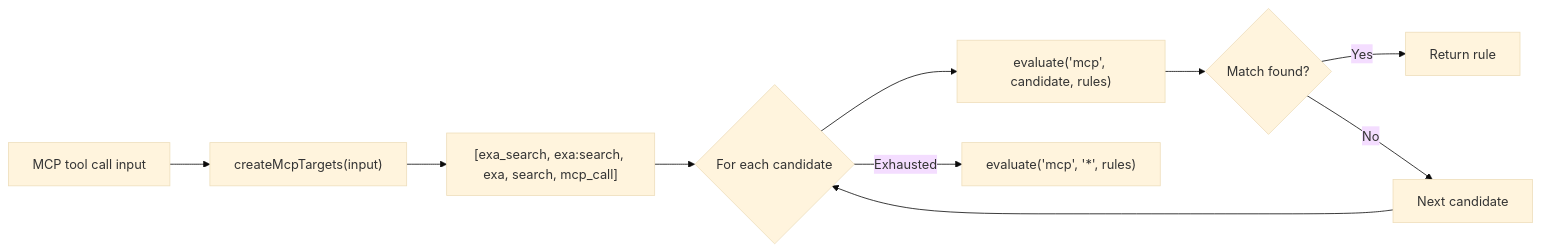
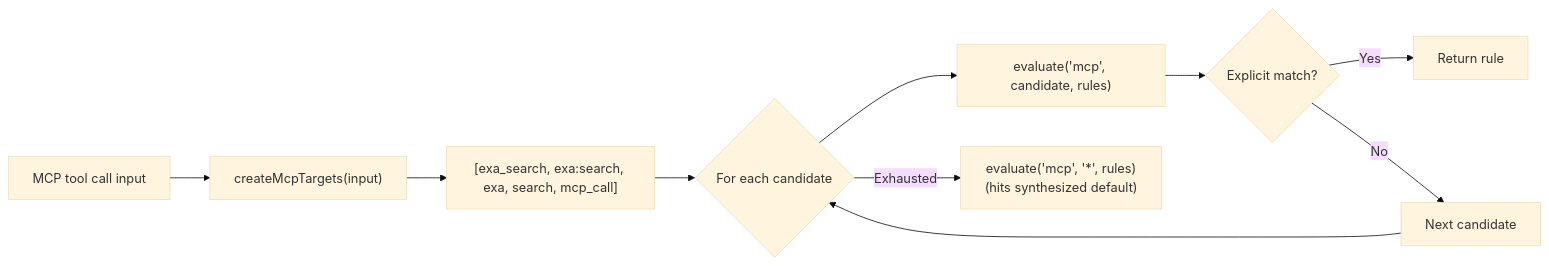
One commit to sycghj/pi-permission-system changed the second of 4 diagrams in docs/architecture/target-architecture.md. Above: the diagram before and after it, drawn with Mermaid (base theme). The commit also changed other lines of this file and 1 other file, not shown here.

First line of the commit message:
docs: plan generalized session approvals and update target architecture (#51)

````diff
--- a/docs/architecture/target-architecture.md
+++ b/docs/architecture/target-architecture.md
@@ -142,12 +273,12 @@
 ```mermaid
 flowchart LR
     Input["MCP tool call input"] --> Derive["createMcpTargets(input)"]
     Derive --> Candidates["[exa_search, exa:search, exa, search, mcp_call]"]
     Candidates --> Loop{"For each candidate"}
     Loop --> Eval["evaluate('mcp', candidate, rules)"]
-    Eval --> Found{"Match found?"}
+    Eval --> Found{"Explicit match?"}
     Found -->|Yes| Return["Return rule"]
     Found -->|No| Next["Next candidate"]
     Next --> Loop
-    Loop -->|Exhausted| Default["evaluate('mcp', '*', rules)"]
+    Loop -->|Exhausted| Fallback["evaluate('mcp', '*', rules)<br/>(hits synthesized default)"]
 ```
````
